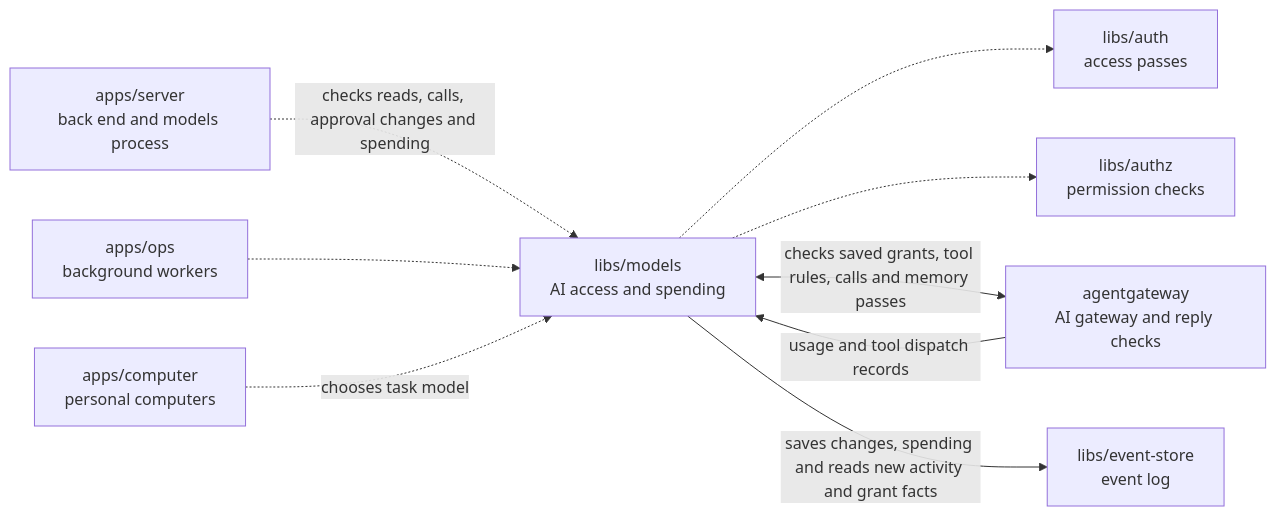
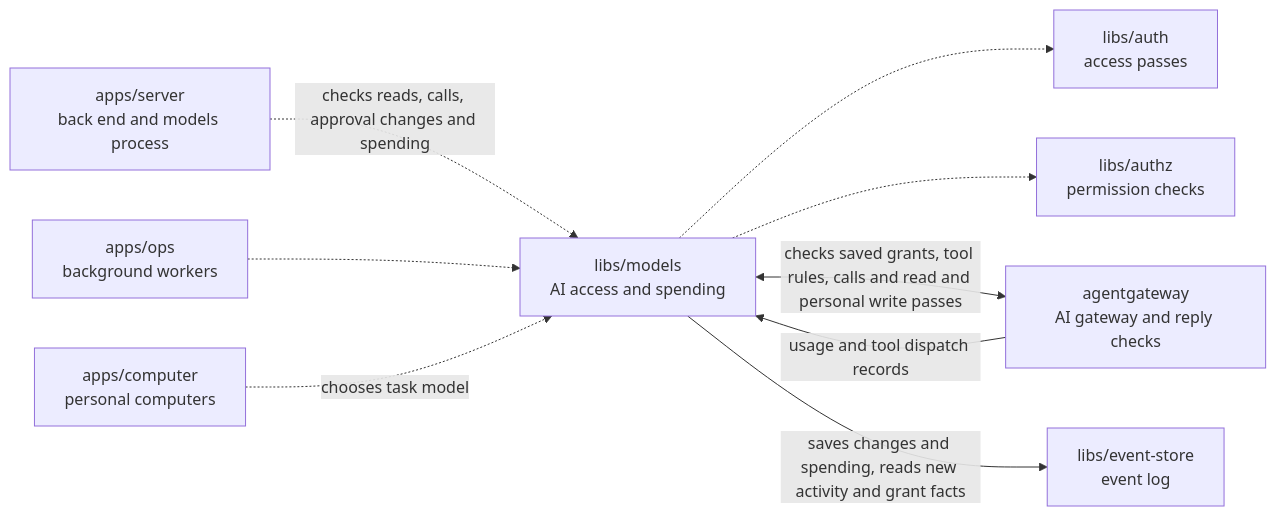
The diagram in libs/models/README.md (elewa-git/opencrane-new), drawn with Mermaid before and after one commit. The commit also changed 13 other files, not shown here.

Commit message:
🧠 Save personal agent facts through governed memory calls

````diff
--- a/libs/models/README.md
+++ b/libs/models/README.md
@@ -11,11 +11,11 @@
 ```mermaid
 flowchart LR
   server["apps/server<br/>back end and models process"] -.->|checks reads, calls, approval changes and spending| models["libs/models<br/>AI access and spending"]
   ops["apps/ops<br/>background workers"] -.-> models
   computer["apps/computer<br/>personal computers"] -.->|chooses task model| models
   models -.-> auth["libs/auth<br/>access passes"]
   models -.-> authz["libs/authz<br/>permission checks"]
-  models <-->|checks saved grants, tool rules, calls and memory passes| gateway["agentgateway<br/>AI gateway and reply checks"]
+  models <-->|checks saved grants, tool rules, calls and read and personal write passes| gateway["agentgateway<br/>AI gateway and reply checks"]
   gateway -->|usage and tool dispatch records| models
-  models -->|saves changes, spending and reads new activity and grant facts| store["libs/event-store<br/>event log"]
+  models -->|saves changes and spending, reads new activity and grant facts| store["libs/event-store<br/>event log"]
 ```
````
